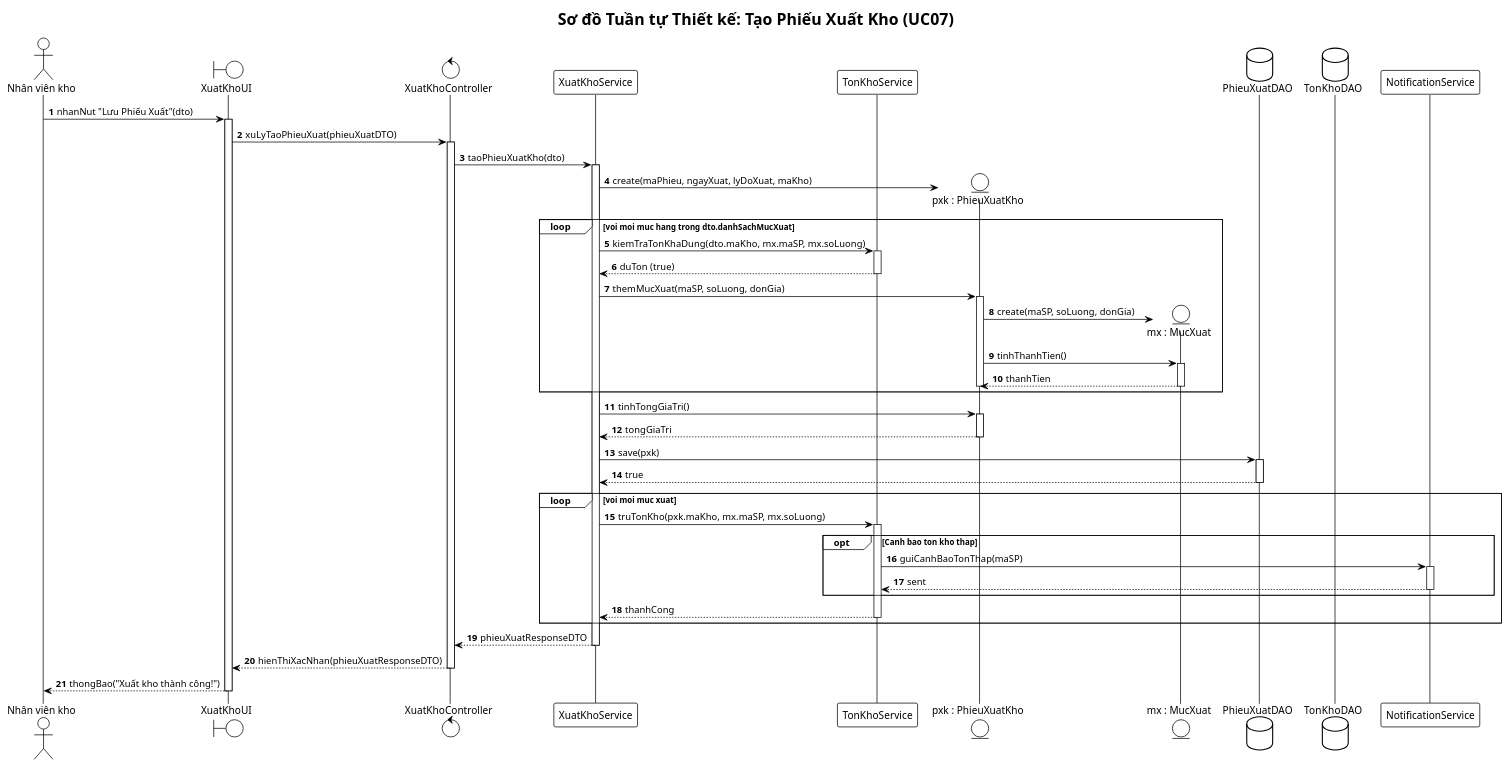
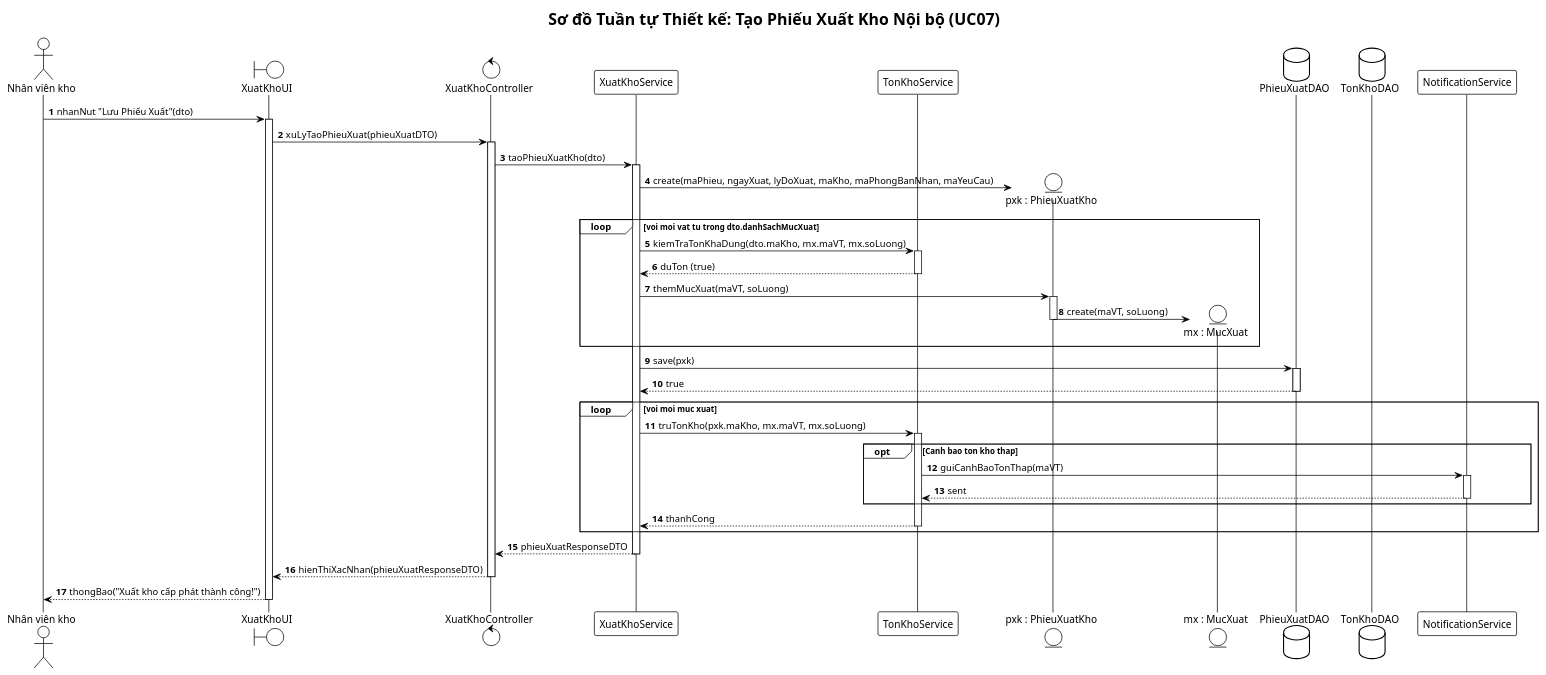
Before and after one commit to vuhoabinh2416137/G8_Quanlysanphamvakhohang: the second of 3 diagrams in BTL-QuanLyKhoHang/plantuml/sequence-diagrams.puml, drawn with PlantUML. The commit also changed other lines of this file and 73 other files, not shown here.

Commit message:
refactor: chuyen doi toan bo du an sang Quan ly Kho vat tu noi bo to chuc va bo sung ke hoach phan cong 7 thanh vien

```diff
--- a/BTL-QuanLyKhoHang/plantuml/sequence-diagrams.puml
+++ b/BTL-QuanLyKhoHang/plantuml/sequence-diagrams.puml
@@ -90,78 +72,69 @@
 @startuml sequence-xuat-kho
 !theme plain
 autonumber
 skinparam responseMessageBelowArrow true
 skinparam defaultFontName "Arial"
 
-title Sơ đồ Tuần tự Thiết kế: Tạo Phiếu Xuất Kho (UC07)
+title Sơ đồ Tuần tự Thiết kế: Tạo Phiếu Xuất Kho Nội bộ (UC07)
 
 actor "Nhân viên kho" as NV
 boundary "XuatKhoUI" as UI
 control "XuatKhoController" as Ctrl
 participant "XuatKhoService" as Service
 participant "TonKhoService" as TKService
 entity "pxk : PhieuXuatKho" as PXK
 entity "mx : MucXuat" as MX
 database "PhieuXuatDAO" as PXDAO
 database "TonKhoDAO" as TKDAO
 participant "NotificationService" as NotifService
 
 NV -> UI: nhanNut "Lưu Phiếu Xuất"(dto)
 activate UI
 UI -> Ctrl: xuLyTaoPhieuXuat(phieuXuatDTO)
 activate Ctrl
 
 Ctrl -> Service: taoPhieuXuatKho(dto)
 activate Service
 
-Service -> PXK**: create(maPhieu, ngayXuat, lyDoXuat, maKho)
+Service -> PXK**: create(maPhieu, ngayXuat, lyDoXuat, maKho, maPhongBanNhan, maYeuCau)
 
-loop voi moi muc hang trong dto.danhSachMucXuat
-    Service -> TKService: kiemTraTonKhaDung(dto.maKho, mx.maSP, mx.soLuong)
+loop voi moi vat tu trong dto.danhSachMucXuat
+    Service -> TKService: kiemTraTonKhaDung(dto.maKho, mx.maVT, mx.soLuong)
     activate TKService
     TKService --> Service: duTon (true)
     deactivate TKService
 
-    Service -> PXK: themMucXuat(maSP, soLuong, donGia)
+    Service -> PXK: themMucXuat(maVT, soLuong)
     activate PXK
-    PXK -> MX**: create(maSP, soLuong, donGia)
-    PXK -> MX: tinhThanhTien()
-    activate MX
-    MX --> PXK: thanhTien
-    deactivate MX
+    PXK -> MX**: create(maVT, soLuong)
     deactivate PXK
 end
-
-Service -> PXK: tinhTongGiaTri()
-activate PXK
-PXK --> Service: tongGiaTri
-deactivate PXK
 
 Service -> PXDAO: save(pxk)
 activate PXDAO
 PXDAO --> Service: true
 deactivate PXDAO
 
 ' Trừ tồn kho
 loop voi moi muc xuat
-    Service -> TKService: truTonKho(pxk.maKho, mx.maSP, mx.soLuong)
+    Service -> TKService: truTonKho(pxk.maKho, mx.maVT, mx.soLuong)
     activate TKService
     opt Canh bao ton kho thap
-        TKService -> NotifService: guiCanhBaoTonThap(maSP)
+        TKService -> NotifService: guiCanhBaoTonThap(maVT)
         activate NotifService
         NotifService --> TKService: sent
         deactivate NotifService
     end
     TKService --> Service: thanhCong
     deactivate TKService
 end
 
 Service --> Ctrl: phieuXuatResponseDTO
 deactivate Service
 
 Ctrl --> UI: hienThiXacNhan(phieuXuatResponseDTO)
 deactivate Ctrl
 
-UI --> NV: thongBao("Xuất kho thành công!")
+UI --> NV: thongBao("Xuất kho cấp phát thành công!")
 deactivate UI
 @enduml
```
